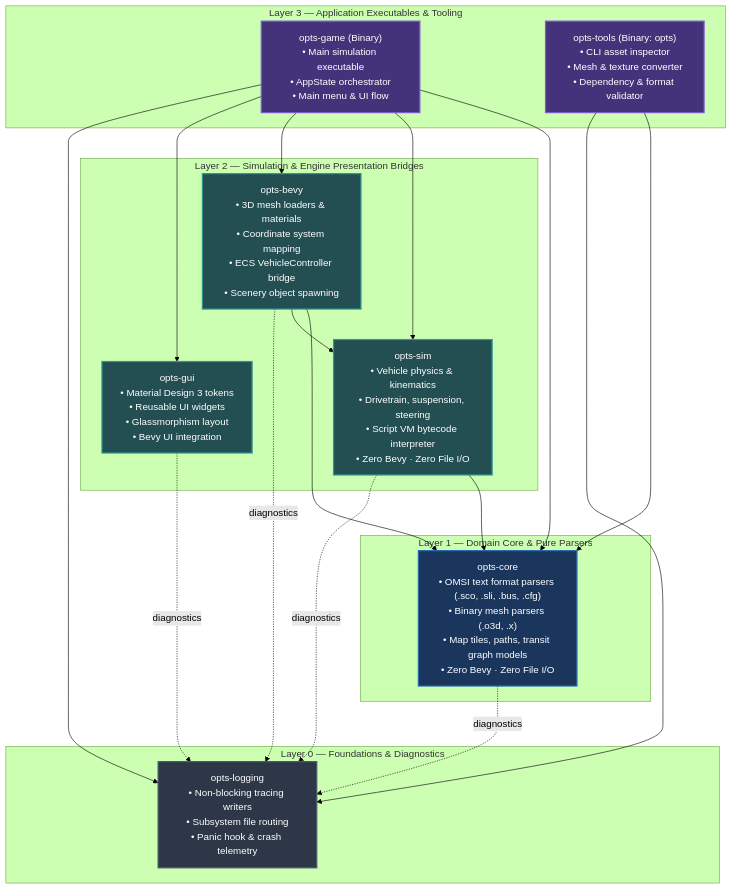
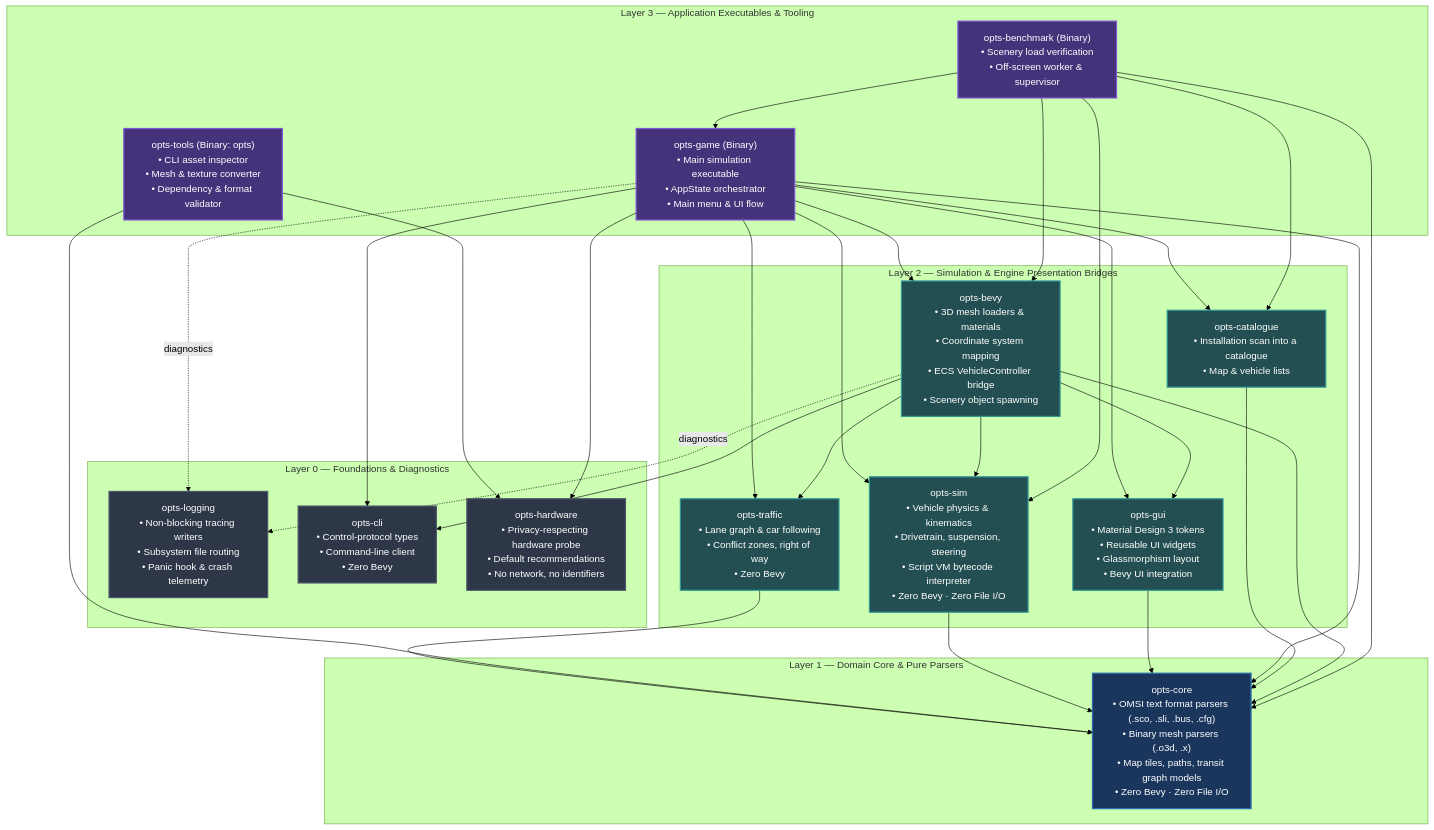
The diagram in docs/src/architecture/crate-graph.md (louisgoodnews/opts), drawn with Mermaid (forest theme) before and after one commit. The commit also changed other lines of this file and 21 other files, not shown here.

First line of the commit message:
feat(docs): roadmap drift audit and crate-graph check in the gates (M-0074 first slice)

````diff
--- a/docs/src/architecture/crate-graph.md
+++ b/docs/src/architecture/crate-graph.md
@@ -11,50 +11,63 @@
 ```mermaid
 graph TD
     classDef foundation fill:#2d3748,stroke:#4a5568,stroke-width:2px,color:#fff;
     classDef domain fill:#1a365d,stroke:#2b6cb0,stroke-width:2px,color:#fff;
     classDef bridge fill:#234e52,stroke:#319795,stroke-width:2px,color:#fff;
     classDef app fill:#44337a,stroke:#805ad5,stroke-width:2px,color:#fff;
 
     %% Layer 0: Foundations
     subgraph L0 ["Layer 0 — Foundations & Diagnostics"]
         opts_logging["opts-logging<br/>• Non-blocking tracing writers<br/>• Subsystem file routing<br/>• Panic hook & crash telemetry"]:::foundation
+        opts_cli["opts-cli<br/>• Control-protocol types<br/>• Command-line client<br/>• Zero Bevy"]:::foundation
+        opts_hardware["opts-hardware<br/>• Privacy-respecting hardware probe<br/>• Default recommendations<br/>• No network, no identifiers"]:::foundation
     end
 
     %% Layer 1: Domain Core & Parsers
     subgraph L1 ["Layer 1 — Domain Core & Pure Parsers"]
         opts_core["opts-core<br/>• OMSI text format parsers (.sco, .sli, .bus, .cfg)<br/>• Binary mesh parsers (.o3d, .x)<br/>• Map tiles, paths, transit graph models<br/>• Zero Bevy · Zero File I/O"]:::domain
     end
 
     %% Layer 2: Domain Simulation & Engine Bridges
     subgraph L2 ["Layer 2 — Simulation & Engine Presentation Bridges"]
         opts_sim["opts-sim<br/>• Vehicle physics & kinematics<br/>• Drivetrain, suspension, steering<br/>• Script VM bytecode interpreter<br/>• Zero Bevy · Zero File I/O"]:::bridge
+        opts_traffic["opts-traffic<br/>• Lane graph & car following<br/>• Conflict zones, right of way<br/>• Zero Bevy"]:::bridge
+        opts_catalogue["opts-catalogue<br/>• Installation scan into a catalogue<br/>• Map & vehicle lists"]:::bridge
         opts_gui["opts-gui<br/>• Material Design 3 tokens<br/>• Reusable UI widgets<br/>• Glassmorphism layout<br/>• Bevy UI integration"]:::bridge
         opts_bevy["opts-bevy<br/>• 3D mesh loaders & materials<br/>• Coordinate system mapping<br/>• ECS VehicleController bridge<br/>• Scenery object spawning"]:::bridge
     end
 
     %% Layer 3: Application Executables & Tools
     subgraph L3 ["Layer 3 — Application Executables & Tooling"]
         opts_game["opts-game (Binary)<br/>• Main simulation executable<br/>• AppState orchestrator<br/>• Main menu & UI flow"]:::app
+        opts_benchmark["opts-benchmark (Binary)<br/>• Scenery load verification<br/>• Off-screen worker & supervisor"]:::app
         opts_tools["opts-tools (Binary: opts)<br/>• CLI asset inspector<br/>• Mesh & texture converter<br/>• Dependency & format validator"]:::app
     end
 
     %% Dependencies
-    opts_core -.->|diagnostics| opts_logging
+    opts_benchmark --> opts_bevy
+    opts_benchmark --> opts_catalogue
+    opts_benchmark --> opts_core
+    opts_benchmark --> opts_game
+    opts_benchmark --> opts_sim
+    opts_bevy --> opts_cli
+    opts_bevy --> opts_core
+    opts_bevy --> opts_gui
+    opts_bevy -.->|diagnostics| opts_logging
+    opts_bevy --> opts_sim
+    opts_bevy --> opts_traffic
+    opts_catalogue --> opts_core
+    opts_game --> opts_bevy
+    opts_game --> opts_catalogue
+    opts_game --> opts_cli
+    opts_game --> opts_core
+    opts_game --> opts_gui
+    opts_game --> opts_hardware
+    opts_game -.->|diagnostics| opts_logging
+    opts_game --> opts_sim
+    opts_game --> opts_traffic
+    opts_gui --> opts_core
     opts_sim --> opts_core
-    opts_sim -.->|diagnostics| opts_logging
-
-    opts_gui -.->|diagnostics| opts_logging
-
-    opts_bevy --> opts_core
-    opts_bevy --> opts_sim
-    opts_bevy -.->|diagnostics| opts_logging
-
-    opts_game --> opts_core
-    opts_game --> opts_sim
-    opts_game --> opts_bevy
-    opts_game --> opts_gui
-    opts_game --> opts_logging
-
     opts_tools --> opts_core
-    opts_tools --> opts_logging
+    opts_tools --> opts_hardware
+    opts_traffic --> opts_core
 ```
````
